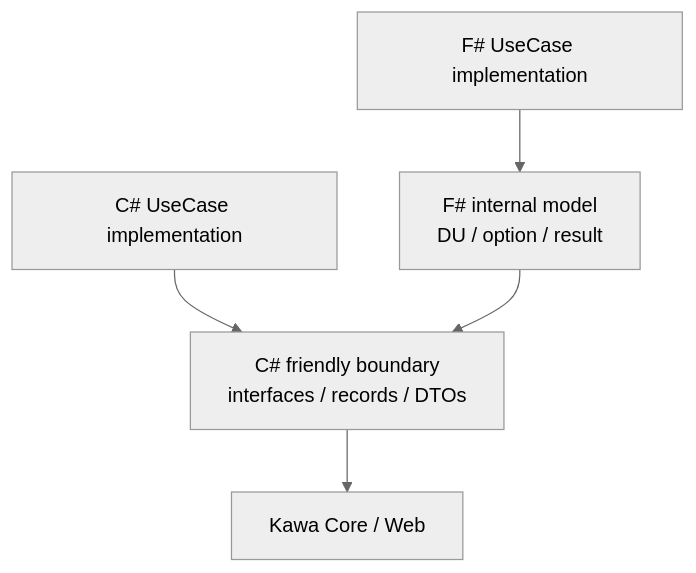
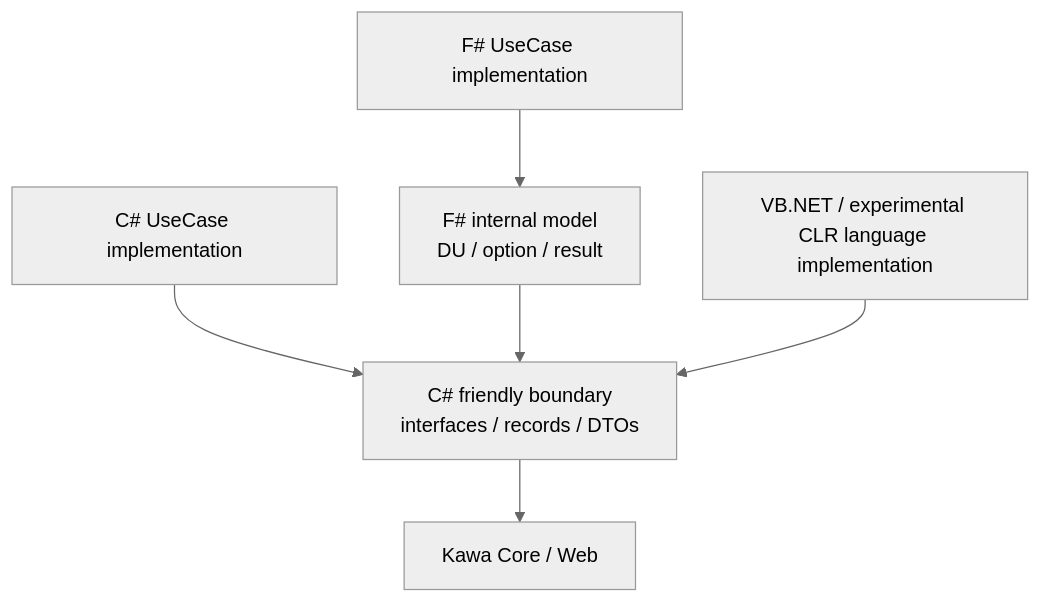
One commit to huideyeren/Kawa changed the fifth of 23 diagrams in docs/design-principles.ja.md. Above: the diagram before and after it, drawn with Mermaid (neutral theme). The commit also changed other lines of this file and 13 other files, not shown here.

````diff
--- a/docs/design-principles.ja.md
+++ b/docs/design-principles.ja.md
@@ -180,12 +185,14 @@
 ```mermaid
 flowchart TD
     Contract[C# friendly boundary<br/>interfaces / records / DTOs]
     CSharp[C# UseCase implementation]
     FSharp[F# UseCase implementation]
+    OtherClr[VB.NET / experimental CLR language implementation]
     InternalFSharp[F# internal model<br/>DU / option / result]
     App[Kawa Core / Web]
 
     CSharp --> Contract
     FSharp --> InternalFSharp --> Contract
+    OtherClr --> Contract
     Contract --> App
 ```
````
